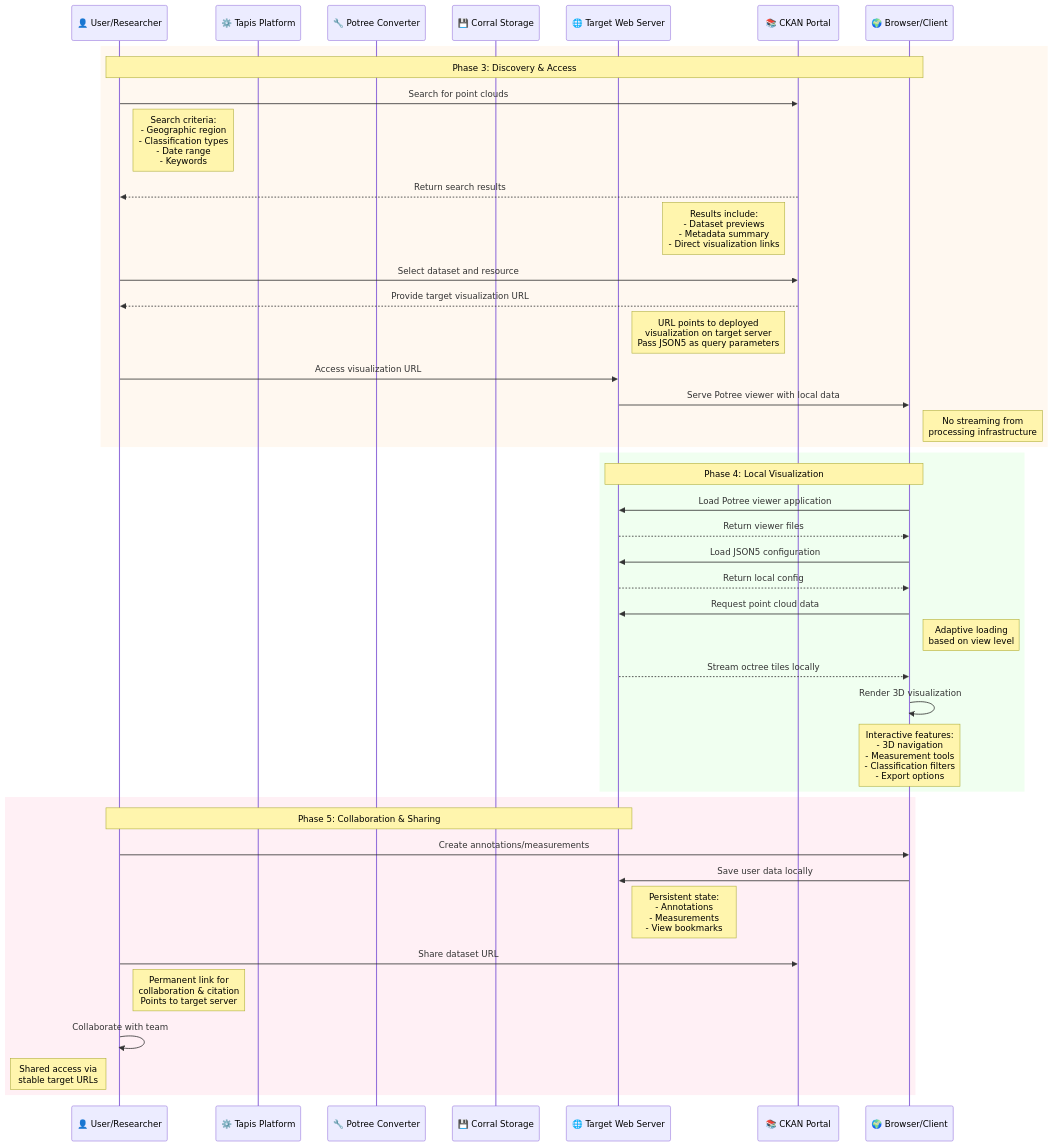
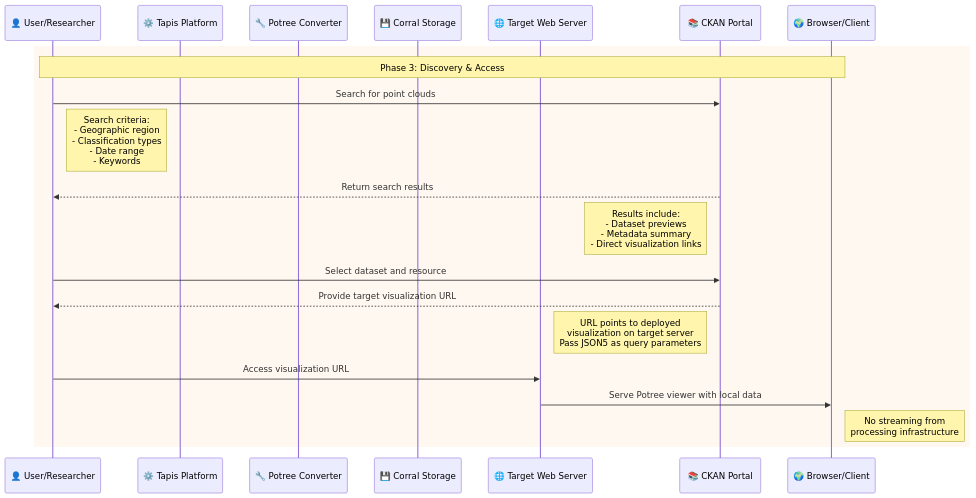
One commit to In-For-Disaster-Analytics/potree changed the third of 5 diagrams in README-pipeline.md. Above: the diagram before and after it, drawn with Mermaid. The commit also changed other lines of this file, not shown here.

````diff
--- a/README-pipeline.md
+++ b/README-pipeline.md
@@ -72,60 +186,28 @@
 ```mermaid
 sequenceDiagram
     participant User as 👤 User/Researcher
     participant Tapis as ⚙️ Tapis Platform
     participant Potree as 🔧 Potree Converter
     participant Corral as 💾 Corral Storage
     participant Target as 🌐 Target Web Server
     participant CKAN as 📚 CKAN Portal
     participant Browser as 🌍 Browser/Client
 
     %% Discovery & Access Phase
     rect rgb(255, 248, 240)
         Note over User,Browser: Phase 3: Discovery & Access
         User->>CKAN: Search for point clouds
         Note right of User: Search criteria:<br/>- Geographic region<br/>- Classification types<br/>- Date range<br/>- Keywords
 
         CKAN-->>User: Return search results
         Note left of CKAN: Results include:<br/>- Dataset previews<br/>- Metadata summary<br/>- Direct visualization links
 
         User->>CKAN: Select dataset and resource
         CKAN-->>User: Provide target visualization URL
         Note left of CKAN: URL points to deployed<br/>visualization on target server<br> Pass JSON5 as query parameters
 
         User->>Target: Access visualization URL
         Target->>Browser: Serve Potree viewer with local data
         Note right of Browser: No streaming from<br/>processing infrastructure
     end
-
-    %% Visualization Phase
-    rect rgb(240, 255, 240)
-        Note over Browser,Target: Phase 4: Local Visualization
-        Browser->>Target: Load Potree viewer application
-        Target-->>Browser: Return viewer files
-
-        Browser->>Target: Load JSON5 configuration
-        Target-->>Browser: Return local config
-
-        Browser->>Target: Request point cloud data
-        Note right of Browser: Adaptive loading<br/>based on view level
-
-        Target-->>Browser: Stream octree tiles locally
-        Browser->>Browser: Render 3D visualization
-
-        Note over Browser: Interactive features:<br/>- 3D navigation<br/>- Measurement tools<br/>- Classification filters<br/>- Export options
-    end
-
-    %% Collaboration & Sharing
-    rect rgb(255, 240, 245)
-        Note over User,Target: Phase 5: Collaboration & Sharing
-        User->>Browser: Create annotations/measurements
-        Browser->>Target: Save user data locally
-        Note right of Target: Persistent state:<br/>- Annotations<br/>- Measurements<br/>- View bookmarks
-
-        User->>CKAN: Share dataset URL
-        Note right of User: Permanent link for<br/>collaboration & citation<br/>Points to target server
-
-        User->>User: Collaborate with team
-        Note left of User: Shared access via<br/>stable target URLs
-    end
 ```
````
